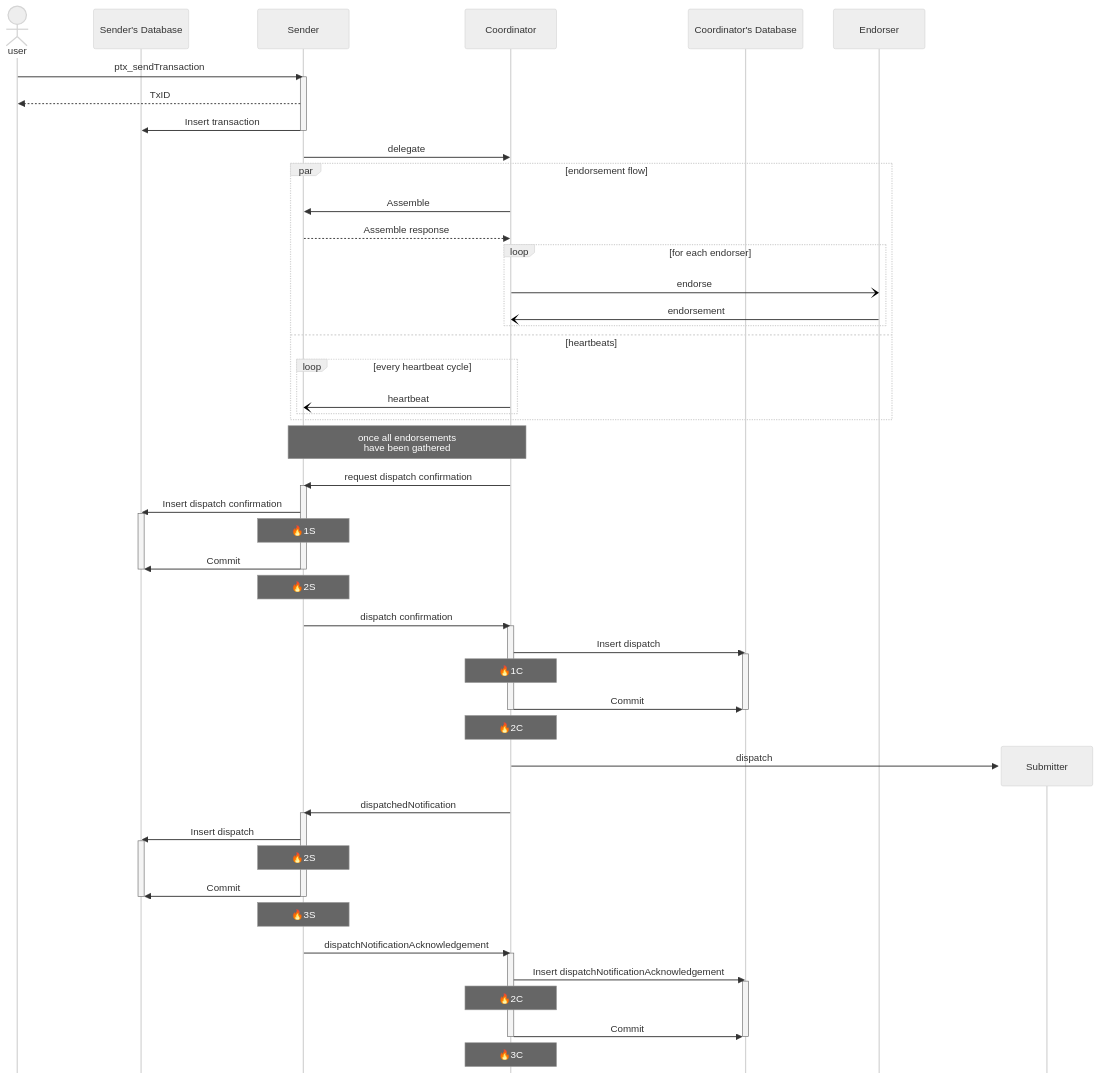
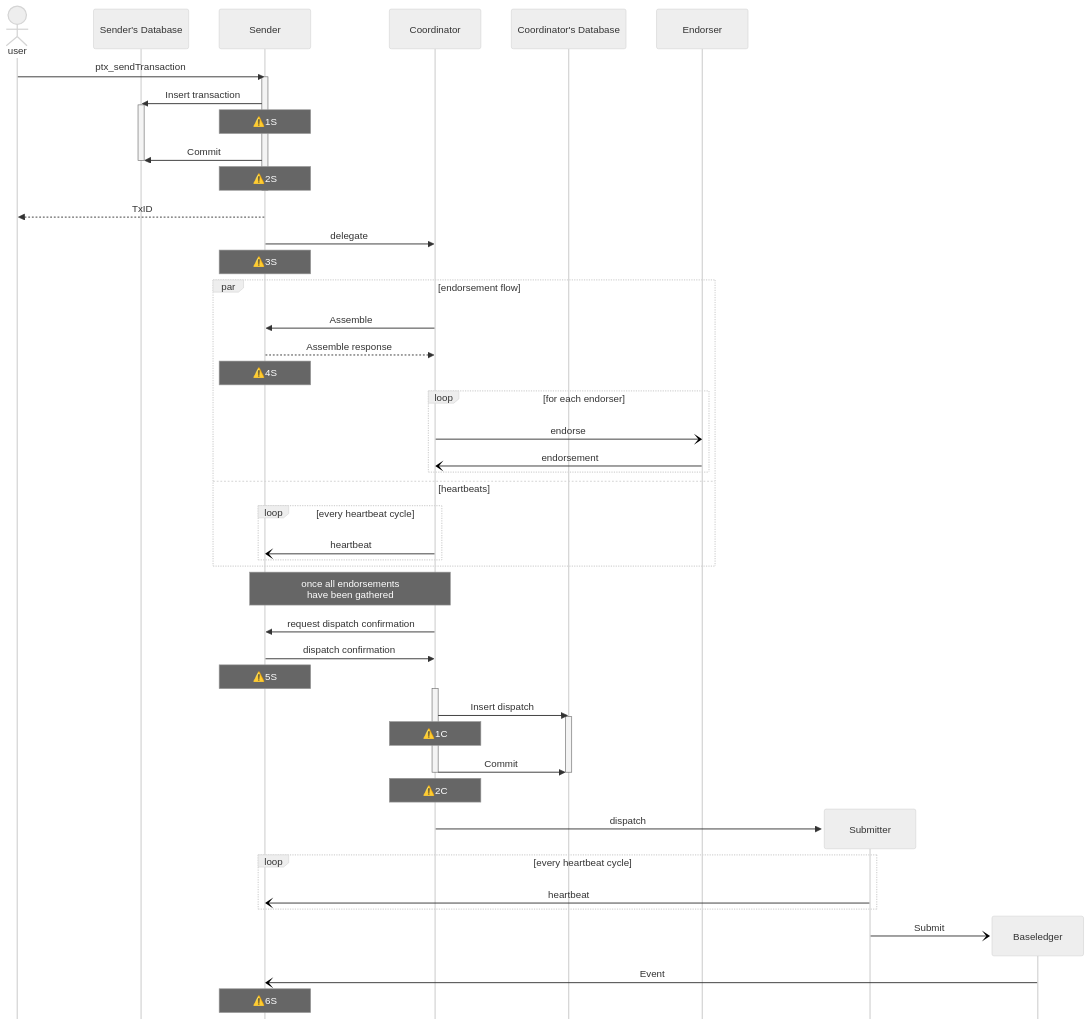
One commit to matthew1001/paladin changed the sixth of 22 diagrams in doc-site/docs/architecture/distributed_sequencer.md. Above: the diagram before and after it, drawn with Mermaid (neutral theme). The commit also changed other lines of this file, not shown here.

Commit message:
remove dispatch notification

````diff
--- a/doc-site/docs/architecture/distributed_sequencer.md
+++ b/doc-site/docs/architecture/distributed_sequencer.md
@@ -481,76 +481,65 @@
 ```mermaid
 sequenceDiagram
   %%{init: { "sequence": { "mirrorActors":false }}}%%
   actor user
   participant SDB as Sender's Database
   participant S as Sender
   participant C as Coordinator
   participant CDB as Coordinator's Database
   participant E as Endorser
   user->>S: ptx_sendTransaction
   activate S
+  S ->> SDB: Insert transaction
+  activate SDB
+  Note over S: ⚠️1S 
+  S ->> SDB: Commit
+  deactivate SDB
+  Note over S: ⚠️2S 
+  deactivate S
   S -->> user: TxID
-  S ->> SDB: Insert transaction
-  deactivate S
+  
   S->>C: delegate
+  Note over S: ⚠️3S 
   par endorsement flow
     C->>S: Assemble
     S-->>C: Assemble response
+    Note over S: ⚠️4S 
     loop for each endorser
       C -) E: endorse
       E -) C: endorsement
     end
   and heartbeats
     loop every heartbeat cycle
       C -) S: heartbeat
     end
   end
   Note over S, C: once all endorsements <br/>have been gathered 
-  %Reliable handshake to request final permission to dispatch
+  
   C->>S: request dispatch confirmation
-  activate S
-  S ->> SDB: Insert dispatch confirmation
-  activate SDB
-  Note over S: 🔥1S  
-  S ->> SDB: Commit
-  deactivate SDB
-  deactivate S
-  Note over S: 🔥2S
+  S->>C: dispatch confirmation
+  Note over S: ⚠️5S 
 
-  %Reliable handshake to grant final permission to dispatch
-  S->>C: dispatch confirmation
   activate C
   C->>CDB: Insert dispatch
   activate CDB
-  Note over C: 🔥1C  
+  Note over C: ⚠️1C  
   C->>CDB: Commit
   deactivate CDB
   deactivate C
-  Note over C: 🔥2C 
+  Note over C: ⚠️2C 
 
   %Actually do the dispatch
   create participant SB as Submitter
   C->>SB: dispatch
+
+  loop every heartbeat cycle
+    SB -) S: heartbeat
+  end
+
+
+  create participant BL as Baseledger
+  SB -) BL: Submit
+  BL -) S: Event
+  Note over S: ⚠️6S
   
-  %Reliable handshake to deliver the notification for dispatch
-  C->>S: dispatchedNotification
-  activate S
-  S ->> SDB: Insert dispatch
-  activate SDB
-  Note over S: 🔥2S
-  S ->> SDB: Commit
-  deactivate SDB
-  deactivate S
-  Note over S: 🔥3S
-
-  %acknowledge the notification of dispatch
-  S->>C: dispatchNotificationAcknowledgement
-  activate C
-  C->>CDB: Insert dispatchNotificationAcknowledgement
-  activate CDB
-  Note over C: 🔥2C  
-  C->>CDB: Commit
-  deactivate CDB
-  deactivate C
-  Note over C: 🔥3C 
 ```
````
